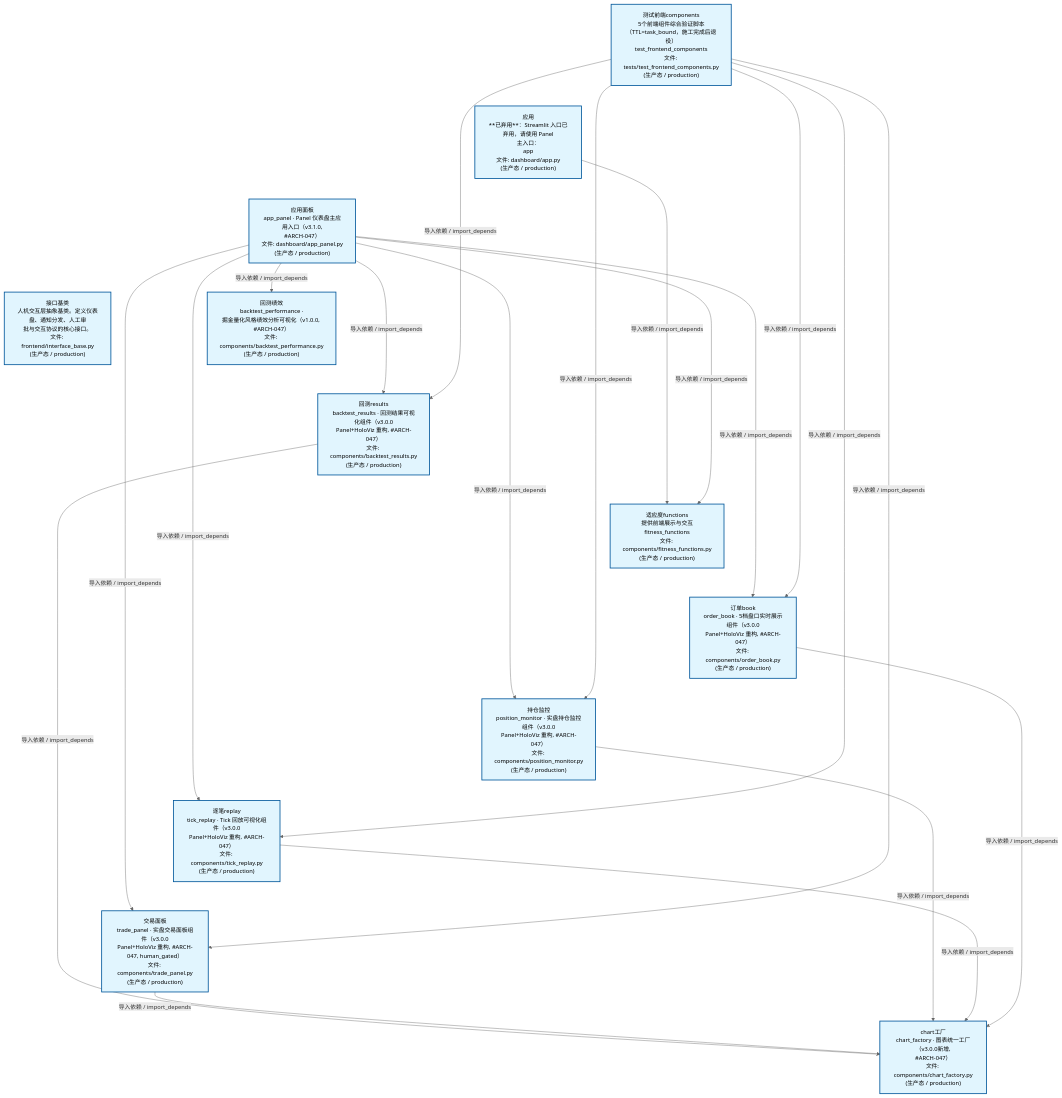
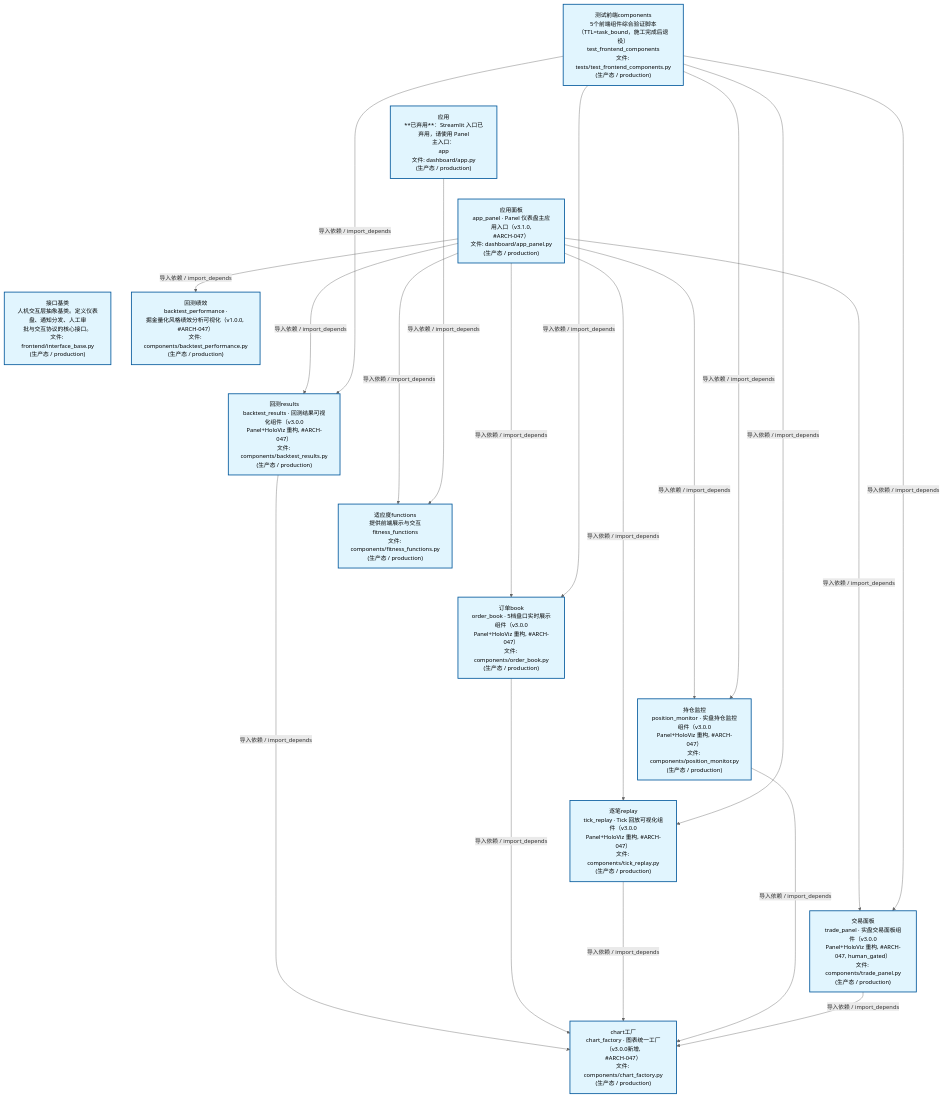
Before and after one commit to xuanFelixVan/ZephyrAlpha: the second of 4 diagrams in docs/02_enterprise_architecture/02_domain_architecture_docs/47_d_frontend.md, drawn with Mermaid. The commit also changed other lines of this file and 49 other files, not shown here.

````diff
--- a/docs/02_enterprise_architecture/02_domain_architecture_docs/47_d_frontend.md
+++ b/docs/02_enterprise_architecture/02_domain_architecture_docs/47_d_frontend.md
@@ -124,48 +124,48 @@
 ```mermaid
 %%{init: {'theme': 'base', 'themeVariables': {'primaryColor': '#eaeaea', 'primaryTextColor': '#333333', 'primaryBorderColor': '#666666', 'lineColor': '#666666', 'secondaryColor': '#eaeaea', 'tertiaryColor': '#eaeaea', 'fontSize': '14px'}}}%%
 flowchart TD
     scripts_tests_test_frontend_components_py["测试前端components<br/>5个前端组件综合验证脚本<br/>（TTL=task_bound，施工完成后退役）<br/>test_frontend_components<br/>文件: tests/test_frontend_components.py<br/>(生产态 / production)"]
     src_zephyr_frontend_dashboard_app_py["应用<br/>**已弃用**：Streamlit 入口已弃用，请使用 Panel<br/>主入口：<br/>app<br/>文件: dashboard/app.py<br/>(生产态 / production)"]
     src_zephyr_frontend_dashboard_app_panel_py["应用面板<br/>app_panel · Panel 仪表盘主应用入口（v3.1.0,<br/>#ARCH-047）<br/>文件: dashboard/app_panel.py<br/>(生产态 / production)"]
     src_zephyr_frontend_interface_base_py["接口基类<br/>人机交互层抽象基类。定义仪表盘、通知分发、人工审<br/>批与交互协议的核心接口。<br/>文件: frontend/interface_base.py<br/>(生产态 / production)"]
     scripts_tests_test_frontend_components_py ~~~ src_zephyr_frontend_dashboard_app_py
     src_zephyr_frontend_dashboard_app_py ~~~ src_zephyr_frontend_dashboard_app_panel_py
     src_zephyr_frontend_dashboard_app_panel_py ~~~ src_zephyr_frontend_interface_base_py
     src_zephyr_frontend_dashboard_components_backtest_performance_py["回测绩效<br/>backtest_performance ·<br/>掘金量化风格绩效分析可视化（v1.0.0, #ARCH-047）<br/>文件: components/backtest_performance.py<br/>(生产态 / production)"]
     src_zephyr_frontend_dashboard_components_backtest_results_py["回测results<br/>backtest_results · 回测结果可视化组件（v3.0.0<br/>Panel+HoloViz 重构, #ARCH-047）<br/>文件: components/backtest_results.py<br/>(生产态 / production)"]
     src_zephyr_frontend_dashboard_components_fitness_functions_py["适应度functions<br/>提供前端展示与交互<br/>fitness_functions<br/>文件: components/fitness_functions.py<br/>(生产态 / production)"]
     src_zephyr_frontend_dashboard_components_order_book_py["订单book<br/>order_book · 5档盘口实时展示组件（v3.0.0<br/>Panel+HoloViz 重构, #ARCH-047）<br/>文件: components/order_book.py<br/>(生产态 / production)"]
     src_zephyr_frontend_dashboard_components_position_monitor_py["持仓监控<br/>position_monitor · 实盘持仓监控组件（v3.0.0<br/>Panel+HoloViz 重构, #ARCH-047）<br/>文件: components/position_monitor.py<br/>(生产态 / production)"]
     src_zephyr_frontend_dashboard_components_tick_replay_py["逐笔replay<br/>tick_replay · Tick 回放可视化组件（v3.0.0<br/>Panel+HoloViz 重构, #ARCH-047）<br/>文件: components/tick_replay.py<br/>(生产态 / production)"]
     src_zephyr_frontend_dashboard_components_trade_panel_py["交易面板<br/>trade_panel · 实盘交易面板组件（v3.0.0<br/>Panel+HoloViz 重构, #ARCH-047, human_gated）<br/>文件: components/trade_panel.py<br/>(生产态 / production)"]
     src_zephyr_frontend_dashboard_components_backtest_performance_py ~~~ src_zephyr_frontend_dashboard_components_backtest_results_py
     src_zephyr_frontend_dashboard_components_backtest_results_py ~~~ src_zephyr_frontend_dashboard_components_fitness_functions_py
     src_zephyr_frontend_dashboard_components_fitness_functions_py ~~~ src_zephyr_frontend_dashboard_components_order_book_py
     src_zephyr_frontend_dashboard_components_order_book_py ~~~ src_zephyr_frontend_dashboard_components_position_monitor_py
     src_zephyr_frontend_dashboard_components_position_monitor_py ~~~ src_zephyr_frontend_dashboard_components_tick_replay_py
     src_zephyr_frontend_dashboard_components_tick_replay_py ~~~ src_zephyr_frontend_dashboard_components_trade_panel_py
     src_zephyr_frontend_dashboard_components_chart_factory_py["chart工厂<br/>chart_factory · 图表统一工厂（v3.0.0新增,<br/>#ARCH-047）<br/>文件: components/chart_factory.py<br/>(生产态 / production)"]
+    src_zephyr_frontend_dashboard_app_panel_py -->|导入依赖 / import_depends| src_zephyr_frontend_dashboard_components_backtest_performance_py
+    src_zephyr_frontend_dashboard_app_panel_py -->|导入依赖 / import_depends| src_zephyr_frontend_dashboard_components_backtest_results_py
+    src_zephyr_frontend_dashboard_app_panel_py -->|导入依赖 / import_depends| src_zephyr_frontend_dashboard_components_fitness_functions_py
+    src_zephyr_frontend_dashboard_app_panel_py -->|导入依赖 / import_depends| src_zephyr_frontend_dashboard_components_order_book_py
+    src_zephyr_frontend_dashboard_app_panel_py -->|导入依赖 / import_depends| src_zephyr_frontend_dashboard_components_tick_replay_py
+    src_zephyr_frontend_dashboard_app_panel_py -->|导入依赖 / import_depends| src_zephyr_frontend_dashboard_components_position_monitor_py
+    src_zephyr_frontend_dashboard_app_panel_py -->|导入依赖 / import_depends| src_zephyr_frontend_dashboard_components_trade_panel_py
     src_zephyr_frontend_dashboard_app_py -->|导入依赖 / import_depends| src_zephyr_frontend_dashboard_components_fitness_functions_py
-    src_zephyr_frontend_dashboard_app_panel_py -->|导入依赖 / import_depends| src_zephyr_frontend_dashboard_components_backtest_results_py
-    src_zephyr_frontend_dashboard_app_panel_py -->|导入依赖 / import_depends| src_zephyr_frontend_dashboard_components_backtest_performance_py
-    src_zephyr_frontend_dashboard_app_panel_py -->|导入依赖 / import_depends| src_zephyr_frontend_dashboard_components_fitness_functions_py
-    src_zephyr_frontend_dashboard_app_panel_py -->|导入依赖 / import_depends| src_zephyr_frontend_dashboard_components_trade_panel_py
-    src_zephyr_frontend_dashboard_app_panel_py -->|导入依赖 / import_depends| src_zephyr_frontend_dashboard_components_position_monitor_py
-    src_zephyr_frontend_dashboard_app_panel_py -->|导入依赖 / import_depends| src_zephyr_frontend_dashboard_components_tick_replay_py
-    src_zephyr_frontend_dashboard_app_panel_py -->|导入依赖 / import_depends| src_zephyr_frontend_dashboard_components_order_book_py
     src_zephyr_frontend_dashboard_components_backtest_results_py -->|导入依赖 / import_depends| src_zephyr_frontend_dashboard_components_chart_factory_py
+    src_zephyr_frontend_dashboard_components_order_book_py -->|导入依赖 / import_depends| src_zephyr_frontend_dashboard_components_chart_factory_py
+    src_zephyr_frontend_dashboard_components_tick_replay_py -->|导入依赖 / import_depends| src_zephyr_frontend_dashboard_components_chart_factory_py
+    src_zephyr_frontend_dashboard_components_position_monitor_py -->|导入依赖 / import_depends| src_zephyr_frontend_dashboard_components_chart_factory_py
     src_zephyr_frontend_dashboard_components_trade_panel_py -->|导入依赖 / import_depends| src_zephyr_frontend_dashboard_components_chart_factory_py
-    src_zephyr_frontend_dashboard_components_position_monitor_py -->|导入依赖 / import_depends| src_zephyr_frontend_dashboard_components_chart_factory_py
-    src_zephyr_frontend_dashboard_components_tick_replay_py -->|导入依赖 / import_depends| src_zephyr_frontend_dashboard_components_chart_factory_py
-    src_zephyr_frontend_dashboard_components_order_book_py -->|导入依赖 / import_depends| src_zephyr_frontend_dashboard_components_chart_factory_py
     scripts_tests_test_frontend_components_py -->|导入依赖 / import_depends| src_zephyr_frontend_dashboard_components_backtest_results_py
+    scripts_tests_test_frontend_components_py -->|导入依赖 / import_depends| src_zephyr_frontend_dashboard_components_order_book_py
+    scripts_tests_test_frontend_components_py -->|导入依赖 / import_depends| src_zephyr_frontend_dashboard_components_tick_replay_py
+    scripts_tests_test_frontend_components_py -->|导入依赖 / import_depends| src_zephyr_frontend_dashboard_components_position_monitor_py
     scripts_tests_test_frontend_components_py -->|导入依赖 / import_depends| src_zephyr_frontend_dashboard_components_trade_panel_py
-    scripts_tests_test_frontend_components_py -->|导入依赖 / import_depends| src_zephyr_frontend_dashboard_components_position_monitor_py
-    scripts_tests_test_frontend_components_py -->|导入依赖 / import_depends| src_zephyr_frontend_dashboard_components_tick_replay_py
-    scripts_tests_test_frontend_components_py -->|导入依赖 / import_depends| src_zephyr_frontend_dashboard_components_order_book_py
     classDef production fill:#e1f5fe,stroke:#01579b,stroke-width:2px,color:#000
     classDef design fill:#fff3e0,stroke:#e65100,stroke-width:2px,color:#000,stroke-dasharray: 5 5
     classDef external_prod fill:#e8f4fd,stroke:#0277bd,stroke-width:1px,color:#000
     classDef external_design fill:#fff8e7,stroke:#ef6c00,stroke-width:1px,color:#000,stroke-dasharray: 5 5
     class scripts_tests_test_frontend_components_py,src_zephyr_frontend_dashboard_app_py,src_zephyr_frontend_dashboard_app_panel_py,src_zephyr_frontend_dashboard_components_backtest_performance_py,src_zephyr_frontend_dashboard_components_backtest_results_py,src_zephyr_frontend_dashboard_components_chart_factory_py,src_zephyr_frontend_dashboard_components_fitness_functions_py,src_zephyr_frontend_dashboard_components_order_book_py,src_zephyr_frontend_dashboard_components_position_monitor_py,src_zephyr_frontend_dashboard_components_tick_replay_py,src_zephyr_frontend_dashboard_components_trade_panel_py,src_zephyr_frontend_interface_base_py production
 ```
````
